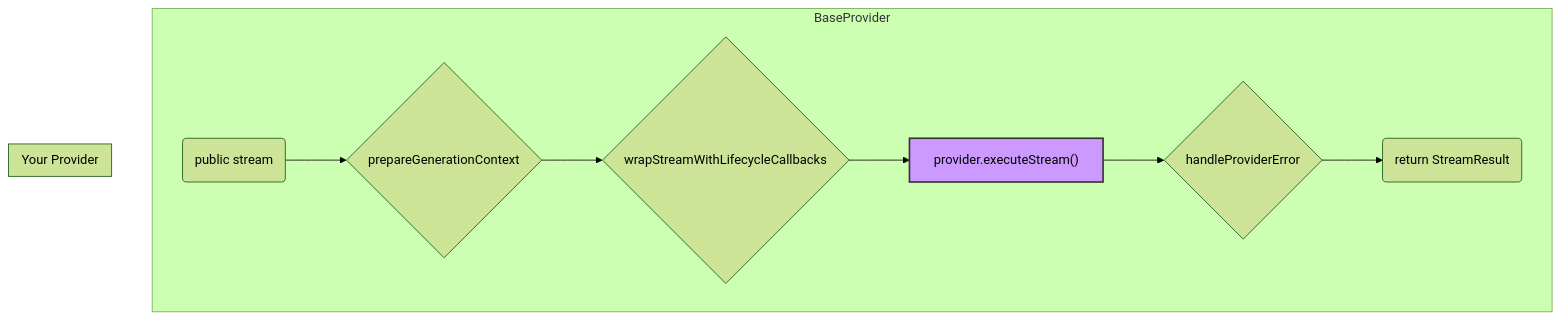
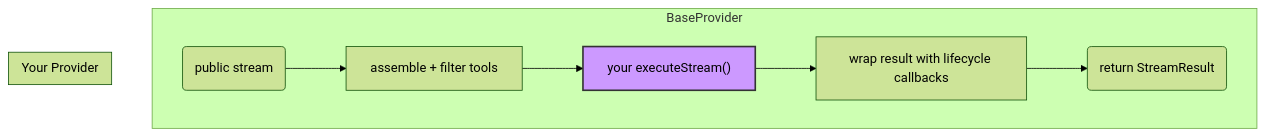
Before and after one commit to juspay/neurolink-blog: the diagram in _posts/2026-05-31-what-you-actually-inherit-when-you-extend-baseprovider.md, drawn with Mermaid (forest theme). The commit also changed other lines of this file and 2 other files, not shown here.

````diff
--- a/_posts/2026-05-31-what-you-actually-inherit-when-you-extend-baseprovider.md
+++ b/_posts/2026-05-31-what-you-actually-inherit-when-you-extend-baseprovider.md
@@ -88,16 +88,15 @@
 ```mermaid
 graph TD
     subgraph BaseProvider
-        A(public stream) --> B{prepareGenerationContext};
-        B --> C{wrapStreamWithLifecycleCallbacks};
-        C --> D["provider.executeStream()"];
-        D --> E{handleProviderError};
-        E --> F(return StreamResult);
+        A(public stream) --> B[assemble + filter tools];
+        B --> C["your executeStream()"];
+        C --> D[wrap result with lifecycle callbacks];
+        D --> E(return StreamResult);
     end
 
     subgraph Your Provider
-        D
+        C
     end
 
-    style D fill:#c9f,stroke:#333,stroke-width:2px
+    style C fill:#c9f,stroke:#333,stroke-width:2px
 ```
````
